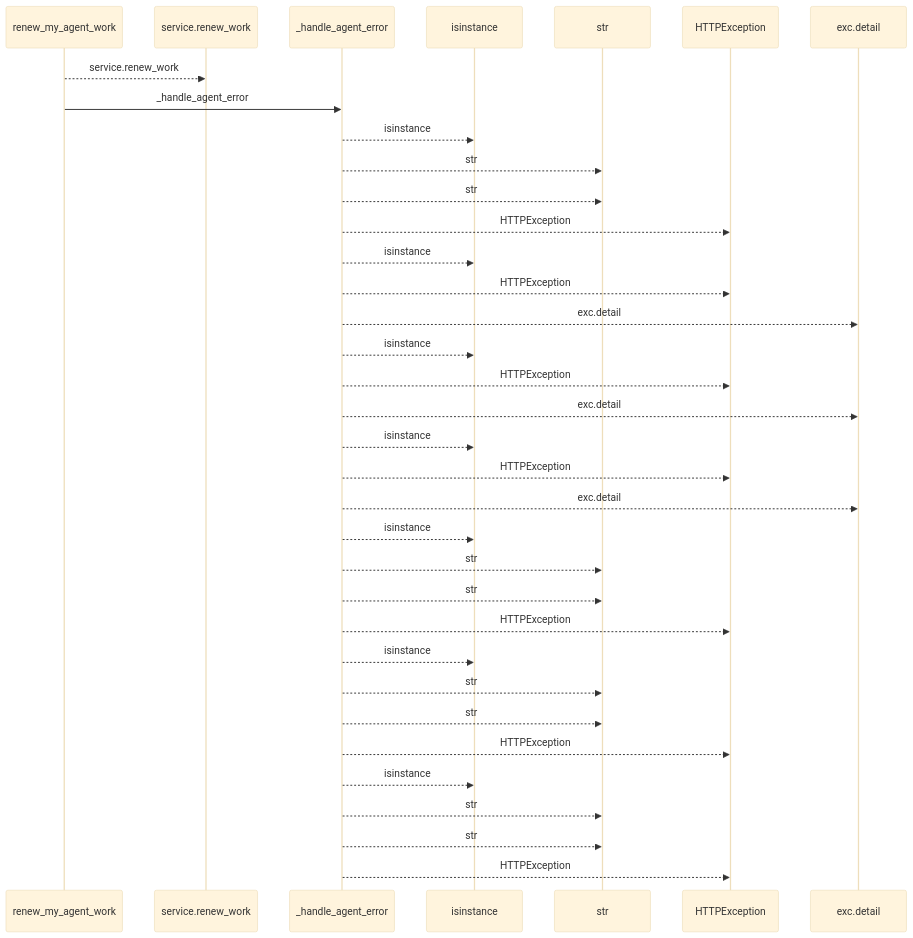
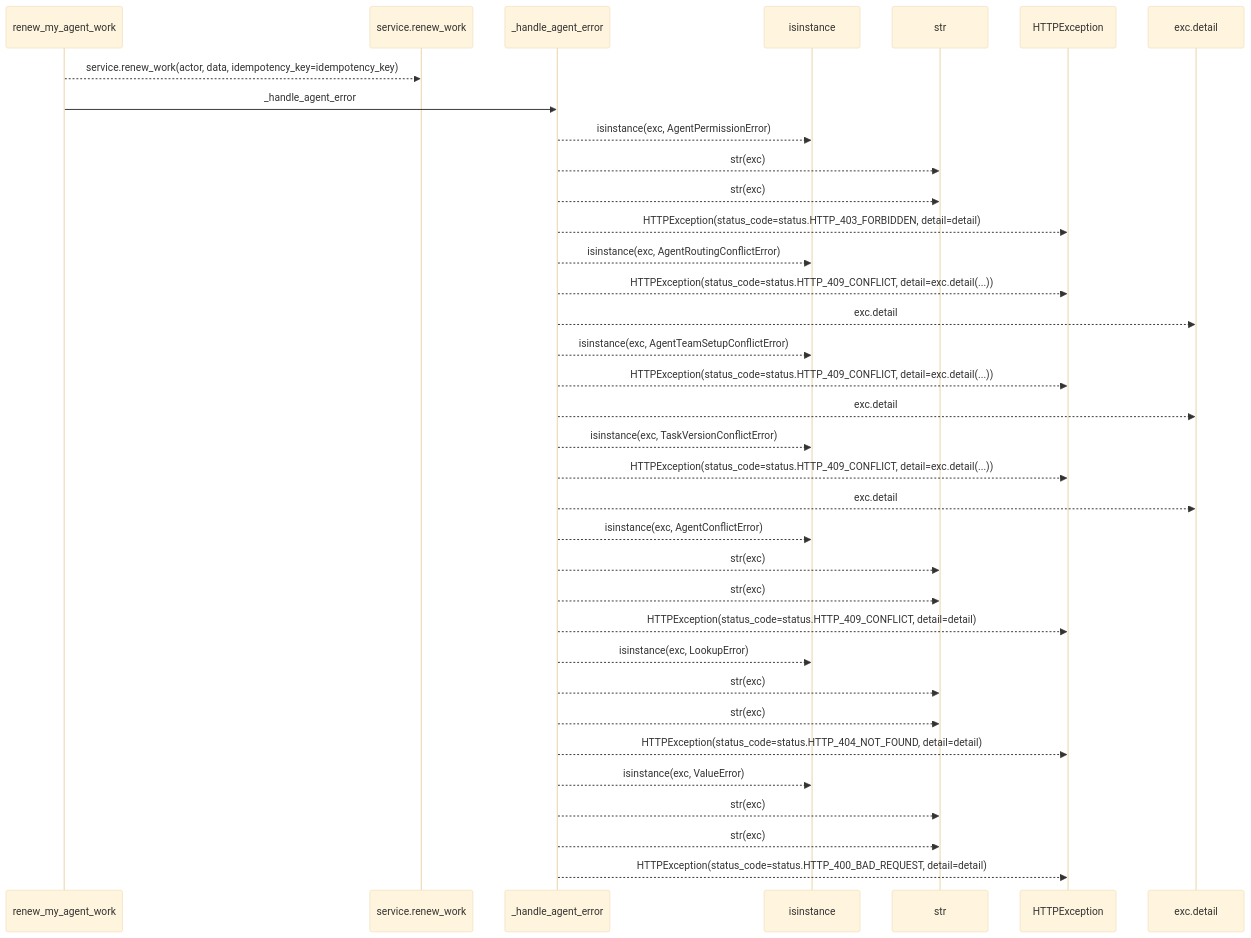
One commit to Denissvgn/WorkChord changed the first of 2 diagrams in docs/llm_wiki/flows/http-renew_my_agent_work.md. Above: the diagram before and after it, drawn with Mermaid (base theme). The commit also changed other lines of this file and 25171 other files, not shown here.

````diff
--- a/docs/llm_wiki/flows/http-renew_my_agent_work.md
+++ b/docs/llm_wiki/flows/http-renew_my_agent_work.md
@@ -10,37 +12,37 @@
 ```mermaid
 sequenceDiagram
     participant p0 as renew_my_agent_work
     participant p1 as service.renew_work
     participant p2 as _handle_agent_error
     participant p3 as isinstance
     participant p4 as str
     participant p5 as HTTPException
     participant p6 as exc.detail
-    p0-->>p1: service.renew_work
+    p0-->>p1: service.renew_work(actor, data, idempotency_key=idempotency_key)
     p0->>p2: _handle_agent_error
-    p2-->>p3: isinstance
-    p2-->>p4: str
-    p2-->>p4: str
-    p2-->>p5: HTTPException
-    p2-->>p3: isinstance
-    p2-->>p5: HTTPException
+    p2-->>p3: isinstance(exc, AgentPermissionError)
+    p2-->>p4: str(exc)
+    p2-->>p4: str(exc)
+    p2-->>p5: HTTPException(status_code=status.HTTP_403_FORBIDDEN, detail=detail)
+    p2-->>p3: isinstance(exc, AgentRoutingConflictError)
+    p2-->>p5: HTTPException(status_code=status.HTTP_409_CONFLICT, detail=exc.detail(...))
     p2-->>p6: exc.detail
-    p2-->>p3: isinstance
-    p2-->>p5: HTTPException
+    p2-->>p3: isinstance(exc, AgentTeamSetupConflictError)
+    p2-->>p5: HTTPException(status_code=status.HTTP_409_CONFLICT, detail=exc.detail(...))
     p2-->>p6: exc.detail
-    p2-->>p3: isinstance
-    p2-->>p5: HTTPException
+    p2-->>p3: isinstance(exc, TaskVersionConflictError)
+    p2-->>p5: HTTPException(status_code=status.HTTP_409_CONFLICT, detail=exc.detail(...))
     p2-->>p6: exc.detail
-    p2-->>p3: isinstance
-    p2-->>p4: str
-    p2-->>p4: str
-    p2-->>p5: HTTPException
-    p2-->>p3: isinstance
-    p2-->>p4: str
-    p2-->>p4: str
-    p2-->>p5: HTTPException
-    p2-->>p3: isinstance
-    p2-->>p4: str
-    p2-->>p4: str
-    p2-->>p5: HTTPException
+    p2-->>p3: isinstance(exc, AgentConflictError)
+    p2-->>p4: str(exc)
+    p2-->>p4: str(exc)
+    p2-->>p5: HTTPException(status_code=status.HTTP_409_CONFLICT, detail=detail)
+    p2-->>p3: isinstance(exc, LookupError)
+    p2-->>p4: str(exc)
+    p2-->>p4: str(exc)
+    p2-->>p5: HTTPException(status_code=status.HTTP_404_NOT_FOUND, detail=detail)
+    p2-->>p3: isinstance(exc, ValueError)
+    p2-->>p4: str(exc)
+    p2-->>p4: str(exc)
+    p2-->>p5: HTTPException(status_code=status.HTTP_400_BAD_REQUEST, detail=detail)
 ```
````
